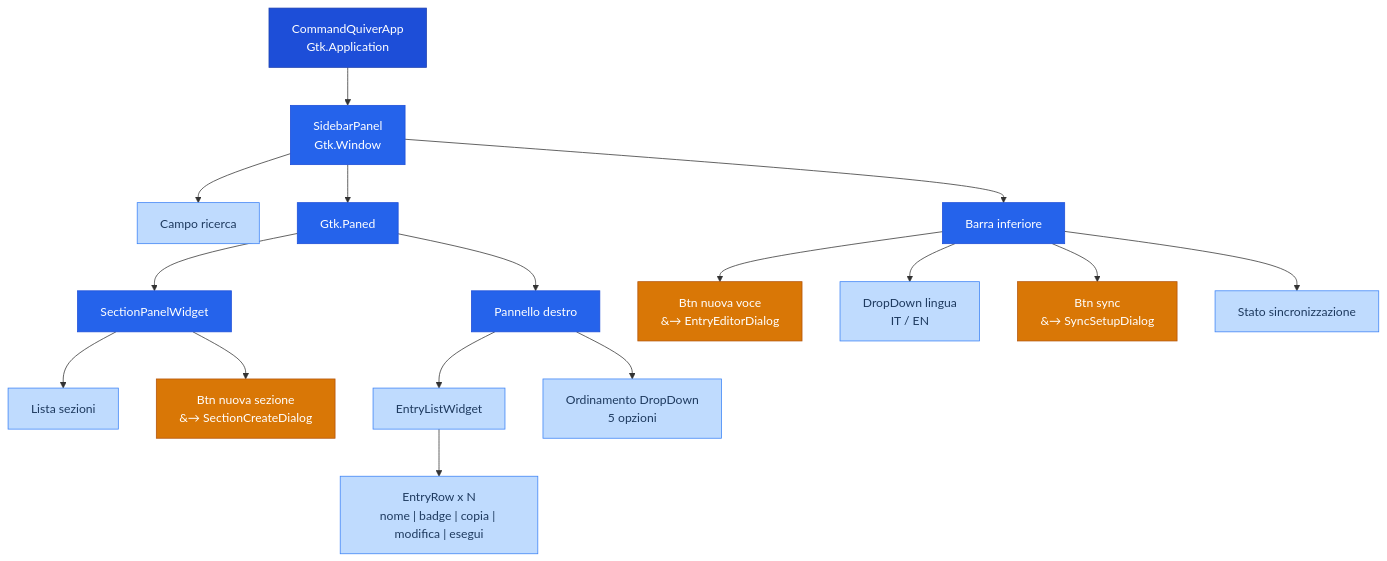
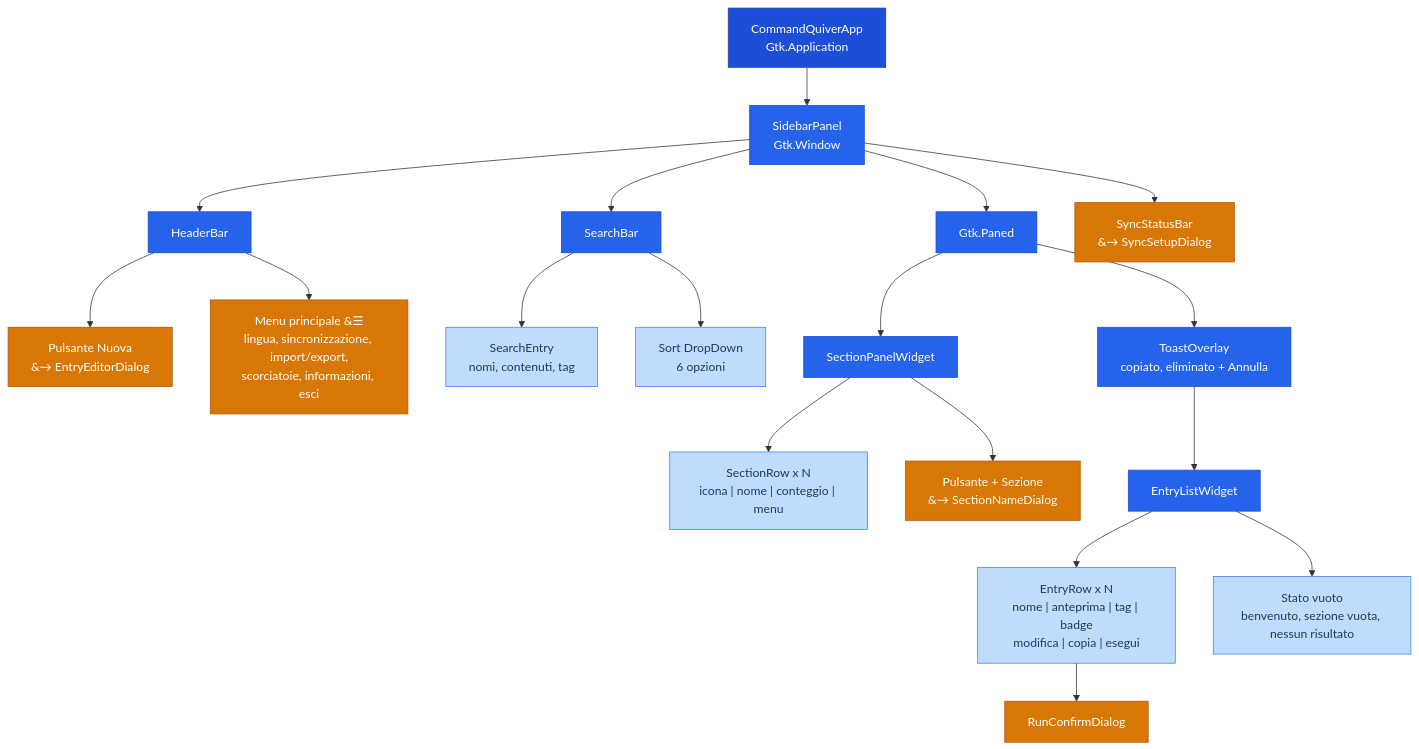
Before and after one commit to AndreaBonn/command-quiver: the sixth of 6 diagrams in docs/ARCHITECTURE.it.md, drawn with Mermaid. The commit also changed other lines of this file and 16 other files, not shown here.

First line of the commit message:
docs: realign README, architecture and security docs with the reworked UI

````diff
--- a/docs/ARCHITECTURE.it.md
+++ b/docs/ARCHITECTURE.it.md
@@ -179,46 +181,50 @@
 ```mermaid
 %%{init: {'theme': 'default'}}%%
 graph TD
   app["CommandQuiverApp<br/>Gtk.Application"]
   sidebar["SidebarPanel<br/>Gtk.Window"]
-  search["Campo ricerca"]
+  header["HeaderBar"]
+  new_entry["Pulsante Nuova<br/>&#8594; EntryEditorDialog"]
+  menu["Menu principale &#9776;<br/>lingua, sincronizzazione, import/export,<br/>scorciatoie, informazioni, esci"]
+  search_bar["SearchBar"]
+  search["SearchEntry<br/>nomi, contenuti, tag"]
+  sort_dd["Sort DropDown<br/>6 opzioni"]
   paned["Gtk.Paned"]
   section_panel["SectionPanelWidget"]
-  section_list["Lista sezioni"]
-  new_section["Btn nuova sezione<br/>&#8594; SectionCreateDialog"]
-  right_panel["Pannello destro"]
+  section_row["SectionRow x N<br/>icona | nome | conteggio | menu"]
+  new_section["Pulsante + Sezione<br/>&#8594; SectionNameDialog"]
+  toast["ToastOverlay<br/>copiato, eliminato + Annulla"]
   entry_list["EntryListWidget"]
-  entry_row["EntryRow x N<br/>nome | badge | copia | modifica | esegui"]
-  sort_dd["Ordinamento DropDown<br/>5 opzioni"]
-  bottom_bar["Barra inferiore"]
-  new_entry["Btn nuova voce<br/>&#8594; EntryEditorDialog"]
-  lang_dd["DropDown lingua<br/>IT / EN"]
-  sync_btn["Btn sync<br/>&#8594; SyncSetupDialog"]
-  sync_label["Stato sincronizzazione"]
+  entry_row["EntryRow x N<br/>nome | anteprima | tag | badge<br/>modifica | copia | esegui"]
+  empty["Stato vuoto<br/>benvenuto, sezione vuota, nessun risultato"]
+  run_confirm["RunConfirmDialog"]
+  status_bar["SyncStatusBar<br/>&#8594; SyncSetupDialog"]
 
   app --> sidebar
-  sidebar --> search
+  sidebar --> header
+  sidebar --> search_bar
   sidebar --> paned
-  sidebar --> bottom_bar
+  sidebar --> status_bar
+  header --> new_entry
+  header --> menu
+  search_bar --> search
+  search_bar --> sort_dd
   paned --> section_panel
-  paned --> right_panel
-  section_panel --> section_list
+  paned --> toast
+  section_panel --> section_row
   section_panel --> new_section
-  right_panel --> entry_list
-  right_panel --> sort_dd
+  toast --> entry_list
   entry_list --> entry_row
-  bottom_bar --> new_entry
-  bottom_bar --> lang_dd
-  bottom_bar --> sync_btn
-  bottom_bar --> sync_label
+  entry_list --> empty
+  entry_row --> run_confirm
 
   classDef root fill:#1d4ed8,stroke:#1e40af,color:#fff
   classDef container fill:#2563eb,stroke:#1d4ed8,color:#fff
   classDef leaf fill:#bfdbfe,stroke:#3b82f6,color:#1e3a5f
   classDef action fill:#d97706,stroke:#b45309,color:#fff
 
   class app root
-  class sidebar,paned,section_panel,right_panel,bottom_bar container
-  class search,section_list,entry_list,entry_row,sort_dd,sync_label,lang_dd leaf
-  class new_section,new_entry,sync_btn action
+  class sidebar,header,search_bar,paned,section_panel,toast,entry_list container
+  class search,sort_dd,section_row,entry_row,empty leaf
+  class new_entry,menu,new_section,run_confirm,status_bar action
 ```
````
